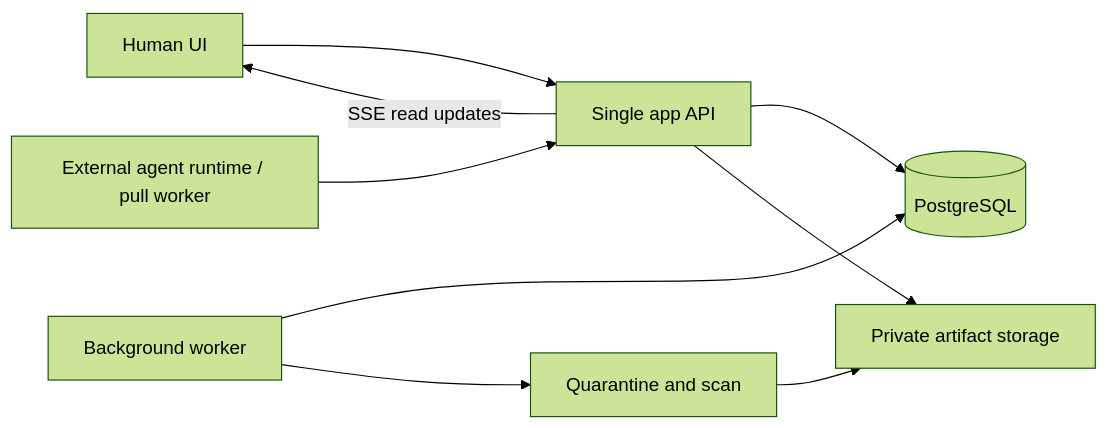
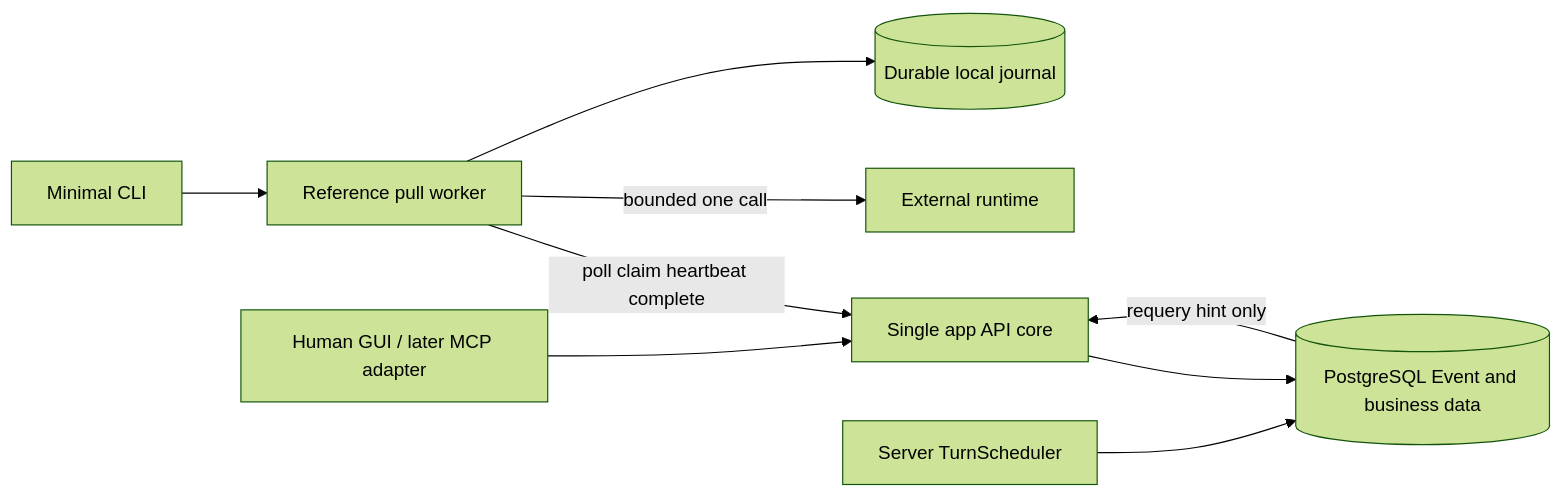
One commit to yjj3019/TalkAbout changed the diagram in docs/ARCHITECTURE.md. Above: the diagram before and after it, drawn with Mermaid (forest theme). The commit also changed other lines of this file and 58 other files, not shown here.

````diff
--- a/docs/ARCHITECTURE.md
+++ b/docs/ARCHITECTURE.md
@@ -9,11 +18,11 @@
 ```mermaid
 flowchart LR
-  H[Human UI] --> API[Single app API]
-  R[External agent runtime / pull worker] --> API
-  API --> DB[(PostgreSQL)]
-  API --> S[Private artifact storage]
-  W[Background worker] --> DB
-  W --> Q[Quarantine and scan]
-  Q --> S
-  API -->|SSE read updates| H
+  C[Minimal CLI] --> W[Reference pull worker]
+  W -->|poll claim heartbeat complete| API[Single app API core]
+  W -->|bounded one call| R[External runtime]
+  W --> J[(Durable local journal)]
+  H[Human GUI / later MCP adapter] --> API
+  API --> DB[(PostgreSQL Event and business data)]
+  S[Server TurnScheduler] --> DB
+  DB -->|requery hint only| API
 ```
````
